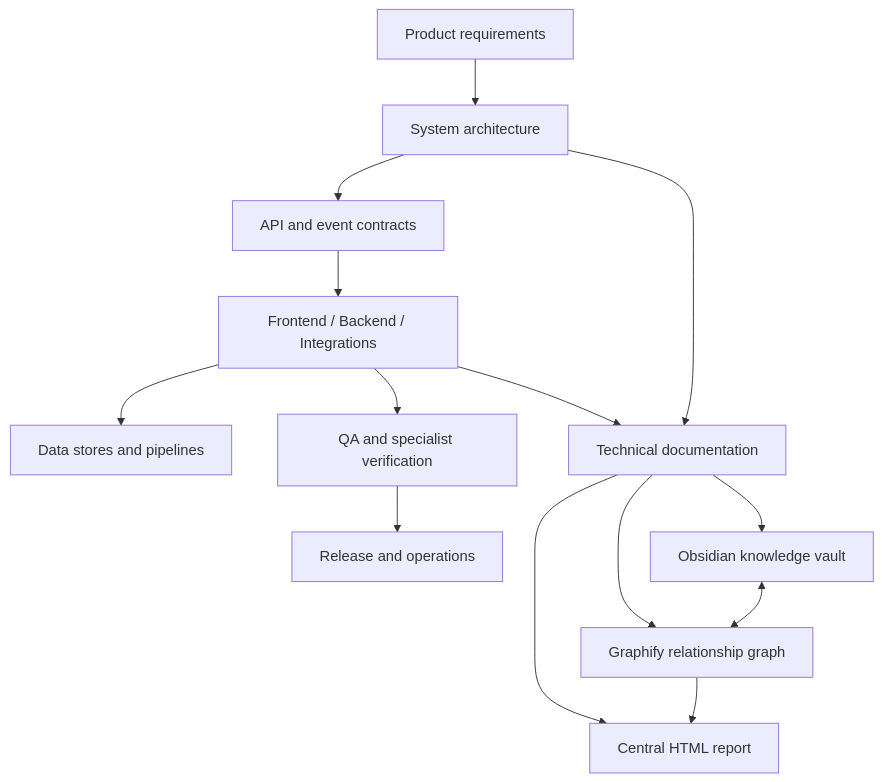
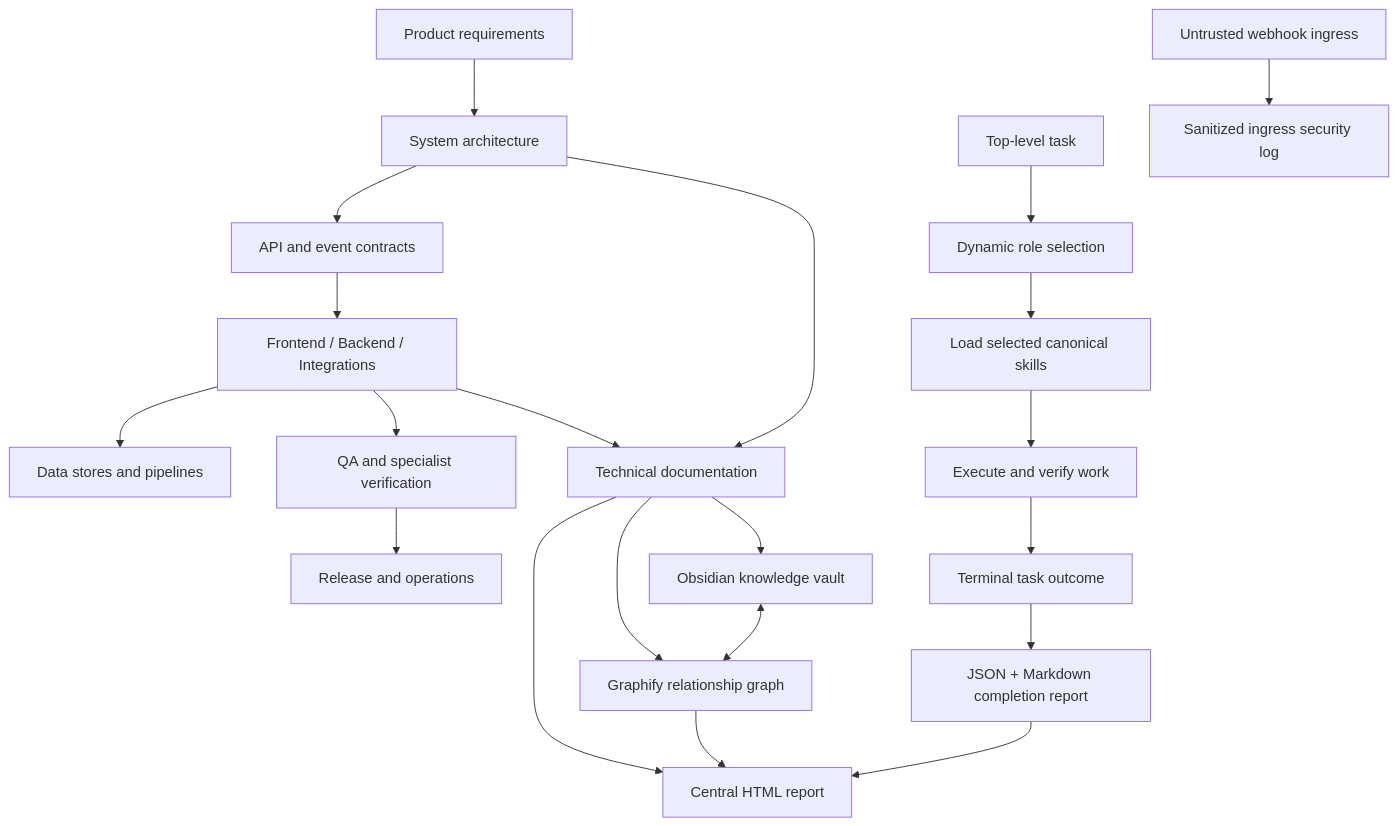
Before and after one commit to crississipi/universal-engineering-team: the diagram in docs/knowledge/graph/system-map.mmd, drawn with Mermaid.

Commit message:
docs: map task completion reporting flow

```diff
--- a/docs/knowledge/graph/system-map.mmd
+++ b/docs/knowledge/graph/system-map.mmd
@@ -1,14 +1,22 @@
 flowchart TD
   Product[Product requirements] --> Architecture[System architecture]
   Architecture --> Contracts[API and event contracts]
   Contracts --> Implementation[Frontend / Backend / Integrations]
   Implementation --> Data[Data stores and pipelines]
   Implementation --> Quality[QA and specialist verification]
   Quality --> Release[Release and operations]
   Implementation --> Docs[Technical documentation]
   Architecture --> Docs
   Docs --> Obsidian[Obsidian knowledge vault]
   Docs --> Graph[Graphify relationship graph]
   Docs --> Report[Central HTML report]
   Obsidian <--> Graph
   Graph --> Report
+
+  Prompt[Top-level task] --> RoleSelect[Dynamic role selection]
+  RoleSelect --> RoleSkills[Load selected canonical skills]
+  RoleSkills --> TaskWork[Execute and verify work]
+  TaskWork --> Completion[Terminal task outcome]
+  Completion --> TaskReport[JSON + Markdown completion report]
+  TaskReport --> Report[Central HTML report]
+  Ingress[Untrusted webhook ingress] --> SecurityLog[Sanitized ingress security log]
```
